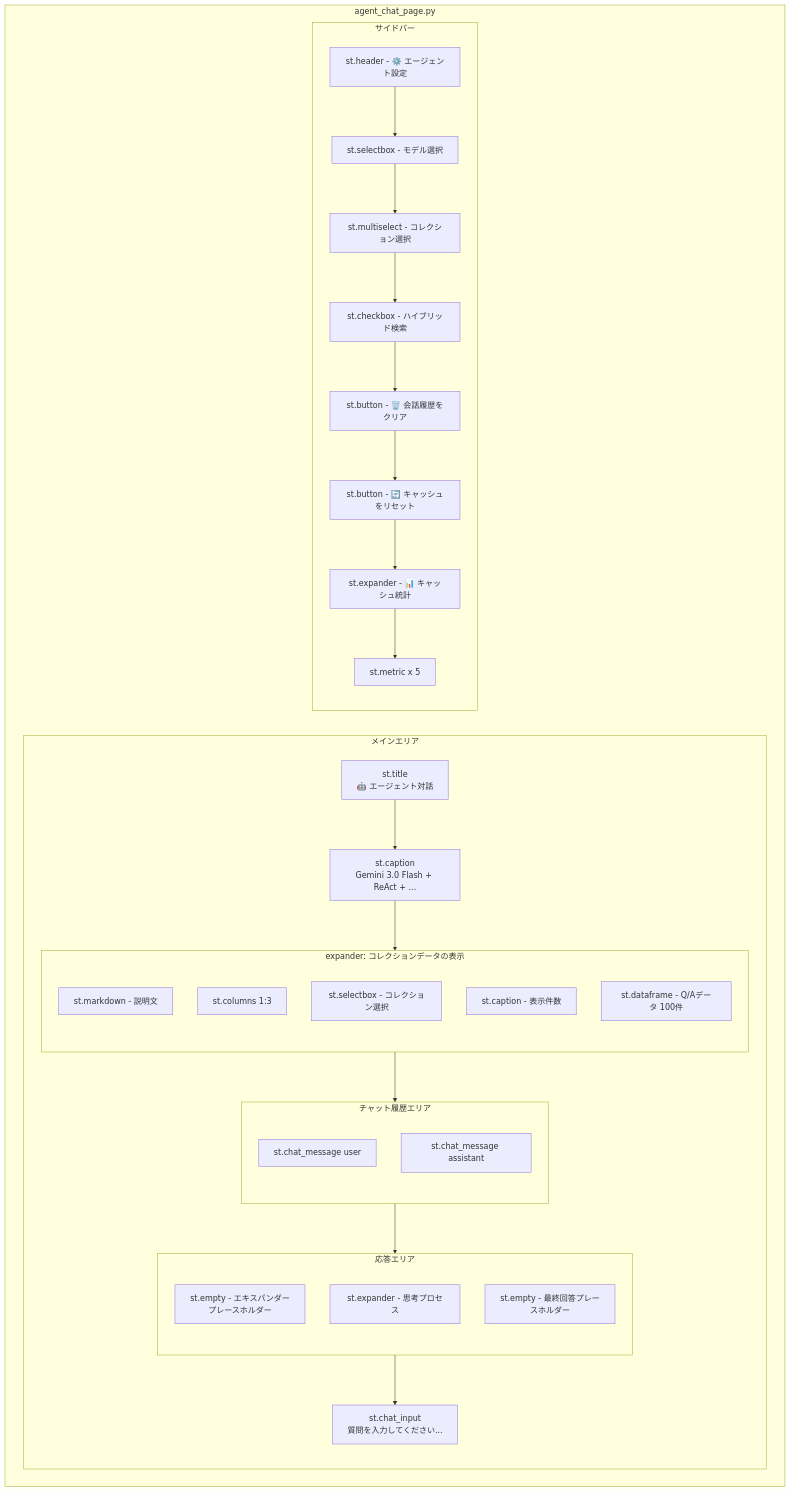
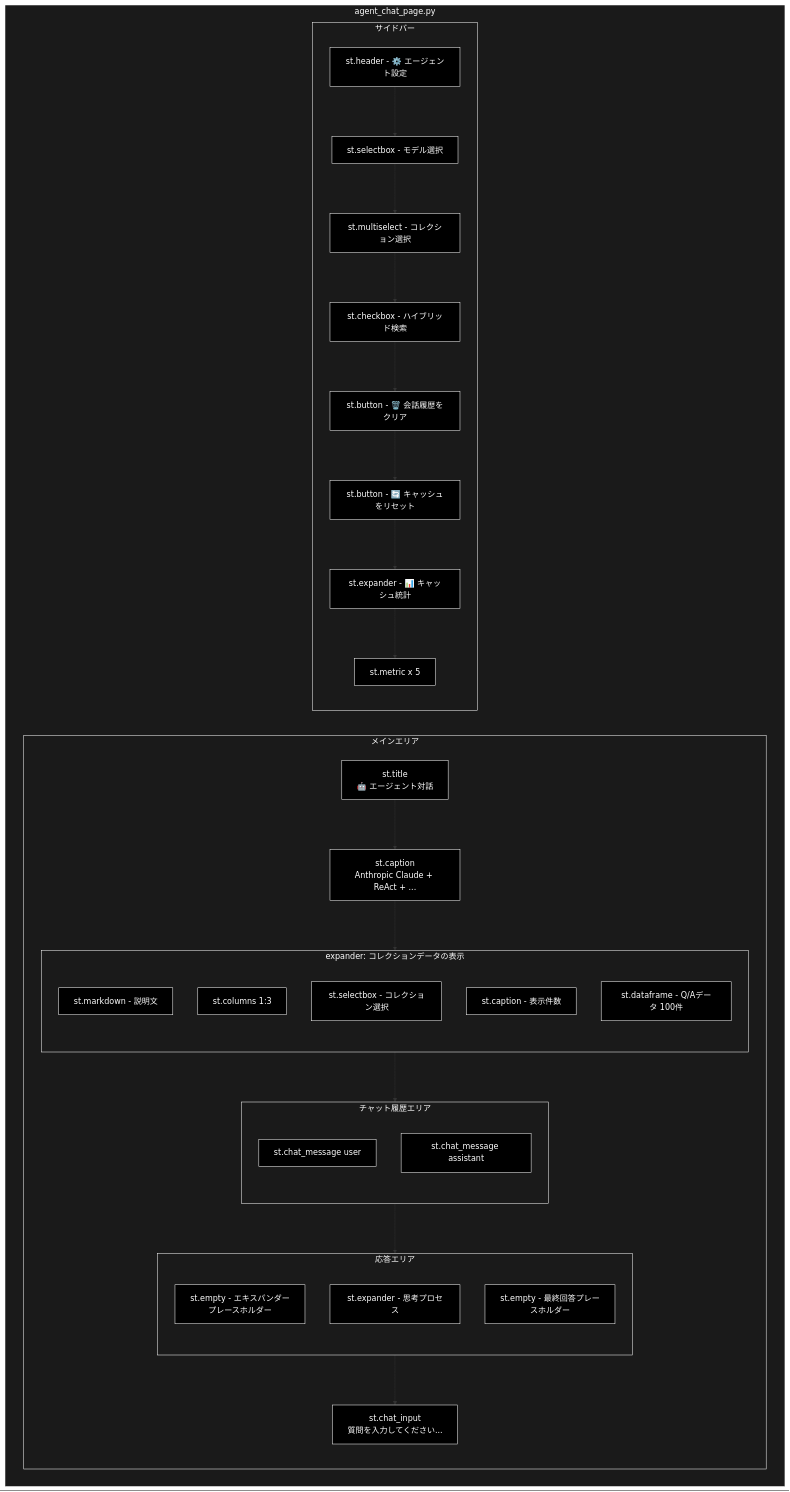
One commit to nakashima2toshio/anthropic_grace_agent_v2 changed the second of 7 diagrams in ui/doc/agent_chat_page.md. Above: the diagram before and after it, drawn with Mermaid. The commit also changed other lines of this file and 14 other files, not shown here.

````diff
--- a/ui/doc/agent_chat_page.md
+++ b/ui/doc/agent_chat_page.md
@@ -85,44 +91,53 @@
 ```mermaid
 flowchart TB
     subgraph PAGE["agent_chat_page.py"]
         subgraph MAIN_AREA["メインエリア"]
             TITLE["st.title<br/>🤖 エージェント対話"]
-            CAPTION["st.caption<br/>Gemini 3.0 Flash + ReAct + ..."]
+            CAPTION["st.caption<br/>Anthropic Claude + ReAct + ..."]
 
             subgraph EXP_DATA["expander: コレクションデータの表示"]
                 ED1["st.markdown - 説明文"]
                 ED2["st.columns 1:3"]
                 ED3["st.selectbox - コレクション選択"]
                 ED4["st.caption - 表示件数"]
                 ED5["st.dataframe - Q/Aデータ 100件"]
             end
 
             subgraph CHAT_AREA["チャット履歴エリア"]
                 CA1["st.chat_message user"]
                 CA2["st.chat_message assistant"]
             end
 
             subgraph RESPONSE["応答エリア"]
                 R1["st.empty - エキスパンダープレースホルダー"]
                 R2["st.expander - 思考プロセス"]
                 R3["st.empty - 最終回答プレースホルダー"]
             end
 
             INPUT["st.chat_input<br/>質問を入力してください..."]
         end
 
         subgraph SIDEBAR_AREA["サイドバー"]
             SH["st.header - ⚙️ エージェント設定"]
             SS["st.selectbox - モデル選択"]
             SM["st.multiselect - コレクション選択"]
             SC["st.checkbox - ハイブリッド検索"]
             SB1["st.button - 🗑️ 会話履歴をクリア"]
             SB2["st.button - 🔄 キャッシュをリセット"]
             SE["st.expander - 📊 キャッシュ統計"]
             METRICS["st.metric x 5"]
         end
     end
 
     TITLE --> CAPTION --> EXP_DATA --> CHAT_AREA --> RESPONSE --> INPUT
     SH --> SS --> SM --> SC --> SB1 --> SB2 --> SE --> METRICS
+classDef default fill:#000,stroke:#fff,color:#fff
+classDef subgraphStyle fill:#1a1a1a,stroke:#fff,color:#fff
+class TITLE,CAPTION,ED1,ED2,ED3,ED4,ED5,CA1,CA2,R1,R2,R3,INPUT,SH,SS,SM,SC,SB1,SB2,SE,METRICS default
+style PAGE fill:#1a1a1a,stroke:#fff,color:#fff
+style MAIN_AREA fill:#1a1a1a,stroke:#fff,color:#fff
+style EXP_DATA fill:#1a1a1a,stroke:#fff,color:#fff
+style CHAT_AREA fill:#1a1a1a,stroke:#fff,color:#fff
+style RESPONSE fill:#1a1a1a,stroke:#fff,color:#fff
+style SIDEBAR_AREA fill:#1a1a1a,stroke:#fff,color:#fff
 ```
````
